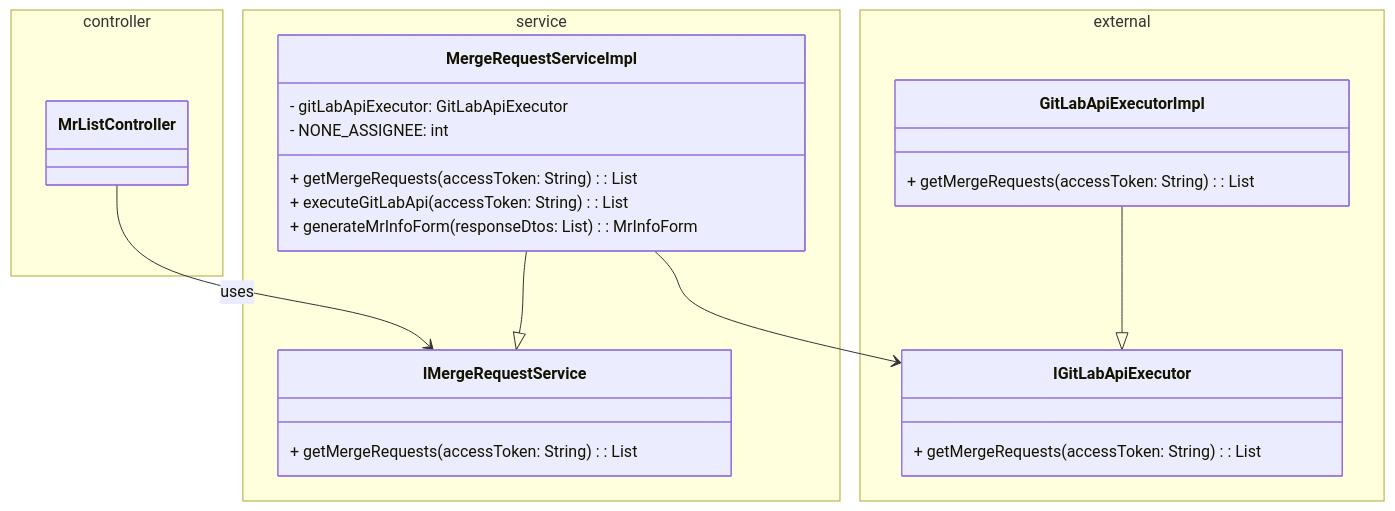
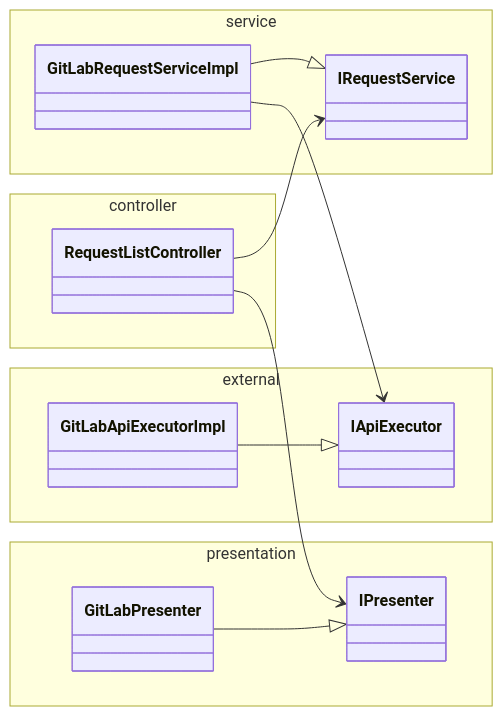
Before and after one commit to tttol/mrls: the diagram in documents/class_after.mmd, drawn with Mermaid. The commit also changed other lines of this file and 23 other files, not shown here.

First line of the commit message:
Clean Architecture (#38)

```diff
--- a/documents/class_after.mmd
+++ b/documents/class_after.mmd
@@ -1,31 +1,42 @@
 classDiagram
+    direction LR
     namespace controller {
-      class MrListController
+      class RequestListController
     }
     namespace service {
-      class IMergeRequestService {
-        + getMergeRequests(accessToken: String): List<MrInfoForm>
+      class IRequestService {
       }
 
-      class MergeRequestServiceImpl {
-        - gitLabApiExecutor: GitLabApiExecutor
-        - NONE_ASSIGNEE: int
-        + getMergeRequests(accessToken: String): List<MrInfoForm>
-        + executeGitLabApi(accessToken: String): List<GitLabMergeRequestApiResponseDto>
-        + generateMrInfoForm(responseDtos: List<GitLabMergeRequestApiResponseDto>): MrInfoForm
+      class GitLabRequestServiceImpl {
       }
     }
     namespace external {
-      class IGitLabApiExecutor {
-        + getMergeRequests(accessToken: String): List<GitLabMergeRequestApiResponseDto>
+      class IApiExecutor {
       }
 
       class GitLabApiExecutorImpl {
-        + getMergeRequests(accessToken: String): List<GitLabMergeRequestApiResponseDto>
       }
     }
 
-    MrListController --> IMergeRequestService : uses
-    MergeRequestServiceImpl --|> IMergeRequestService
-    MergeRequestServiceImpl --> IGitLabApiExecutor
-    GitLabApiExecutorImpl --|> IGitLabApiExecutor
+    namespace presentation {
+      class IPresenter {
+
+      }
+
+      class GitLabPresenter {
+      }
+    }
+
+    %% controller
+    RequestListController --> IRequestService
+    RequestListController --> IPresenter
+
+    %% service
+    GitLabRequestServiceImpl --|> IRequestService
+    GitLabRequestServiceImpl --> IApiExecutor
+
+    %% external
+    GitLabApiExecutorImpl --|> IApiExecutor
+
+    %% presentation
+    GitLabPresenter --|> IPresenter
```
